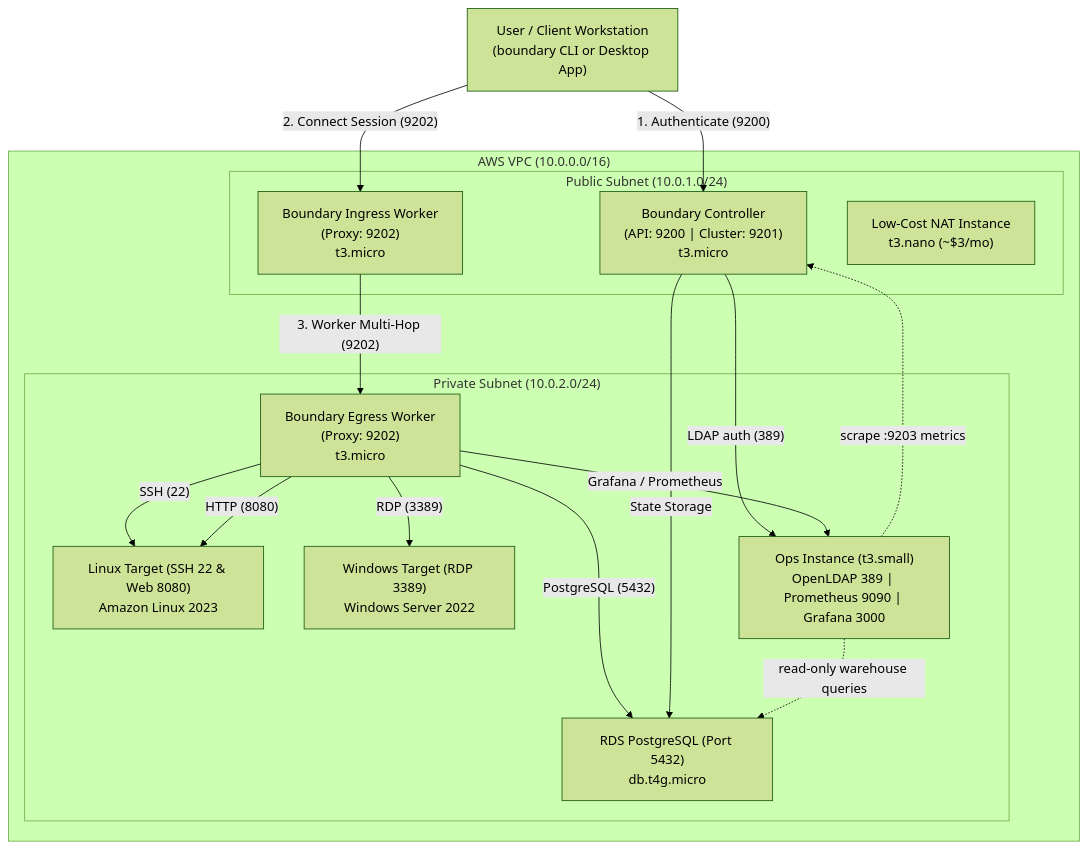
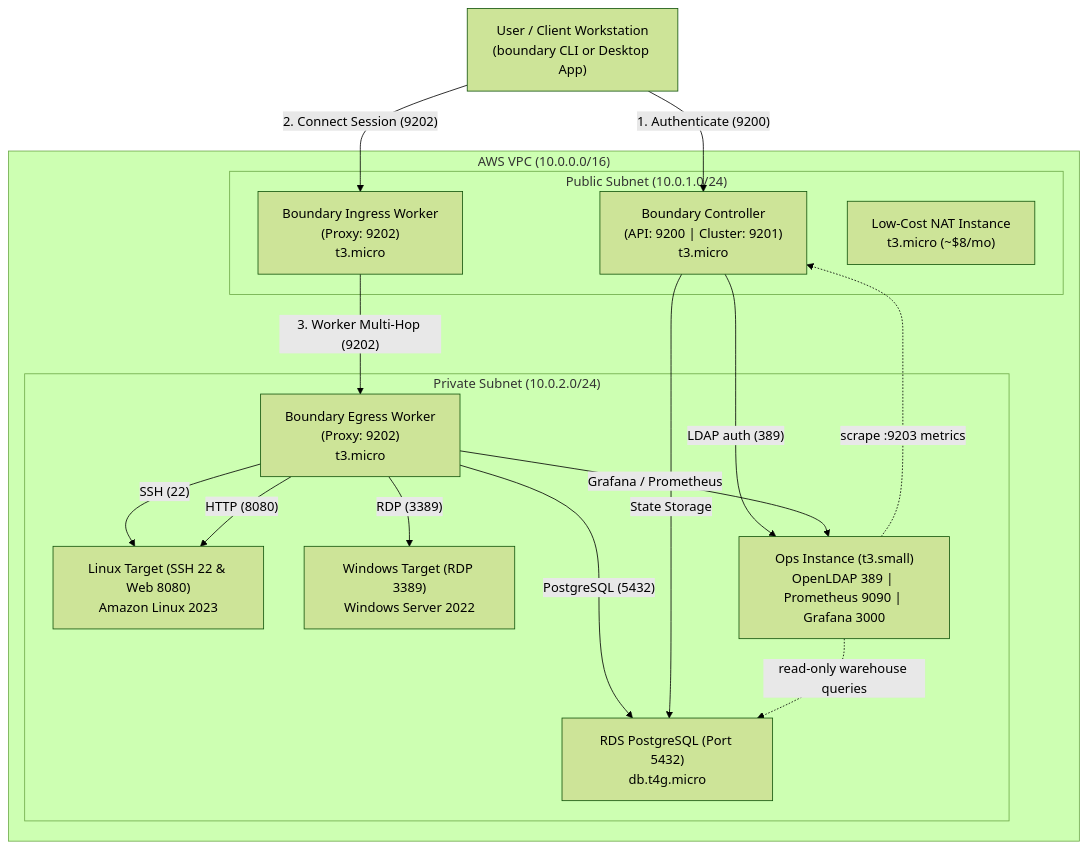
One commit to amitkumarjha28/boundary-aws-demo changed the diagram in README.md. Above: the diagram before and after it, drawn with Mermaid (forest theme). The commit also changed other lines of this file and 4 other files, not shown here.

First line of the commit message:
NAT instance: default to t3.micro (t3.nano was OOM-killed by dnf)

````diff
--- a/README.md
+++ b/README.md
@@ -16,33 +16,33 @@
 ```mermaid
 graph TD
     Client["User / Client Workstation<br/>(boundary CLI or Desktop App)"]
 
     subgraph AWS_VPC ["AWS VPC (10.0.0.0/16)"]
         subgraph Public_Subnet ["Public Subnet (10.0.1.0/24)"]
             Controller["Boundary Controller<br/>(API: 9200 | Cluster: 9201)<br/>t3.micro"]
             IngressWorker["Boundary Ingress Worker<br/>(Proxy: 9202)<br/>t3.micro"]
-            NAT["Low-Cost NAT Instance<br/>t3.nano (~$3/mo)"]
+            NAT["Low-Cost NAT Instance<br/>t3.micro (~$8/mo)"]
         end
 
         subgraph Private_Subnet ["Private Subnet (10.0.2.0/24)"]
             EgressWorker["Boundary Egress Worker<br/>(Proxy: 9202)<br/>t3.micro"]
             LinuxTarget["Linux Target (SSH 22 & Web 8080)<br/>Amazon Linux 2023"]
             WinTarget["Windows Target (RDP 3389)<br/>Windows Server 2022"]
             RDSTarget["RDS PostgreSQL (Port 5432)<br/>db.t4g.micro"]
             Ops["Ops Instance (t3.small)<br/>OpenLDAP 389 | Prometheus 9090 | Grafana 3000"]
         end
     end
 
     Client -->|"1. Authenticate (9200)"| Controller
     Client -->|"2. Connect Session (9202)"| IngressWorker
     IngressWorker -->|"3. Worker Multi-Hop (9202)"| EgressWorker
     EgressWorker -->|"SSH (22)"| LinuxTarget
     EgressWorker -->|"RDP (3389)"| WinTarget
     EgressWorker -->|"HTTP (8080)"| LinuxTarget
     EgressWorker -->|"PostgreSQL (5432)"| RDSTarget
     Controller -->|"State Storage"| RDSTarget
     Controller -->|"LDAP auth (389)"| Ops
     EgressWorker -->|"Grafana / Prometheus"| Ops
     Ops -.->|"scrape :9203 metrics"| Controller
     Ops -.->|"read-only warehouse queries"| RDSTarget
 ```
````
